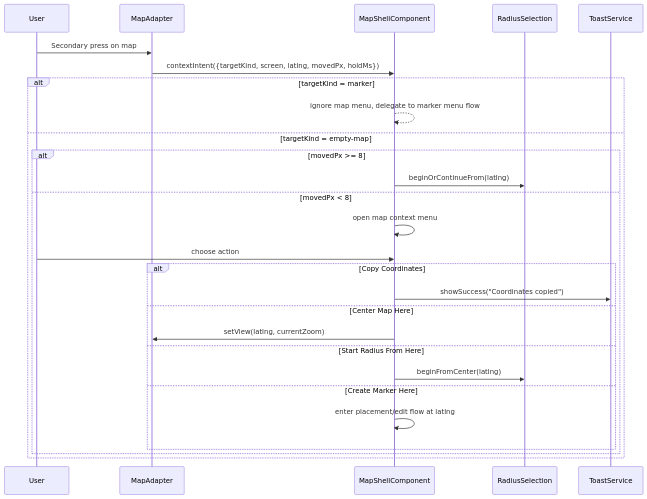
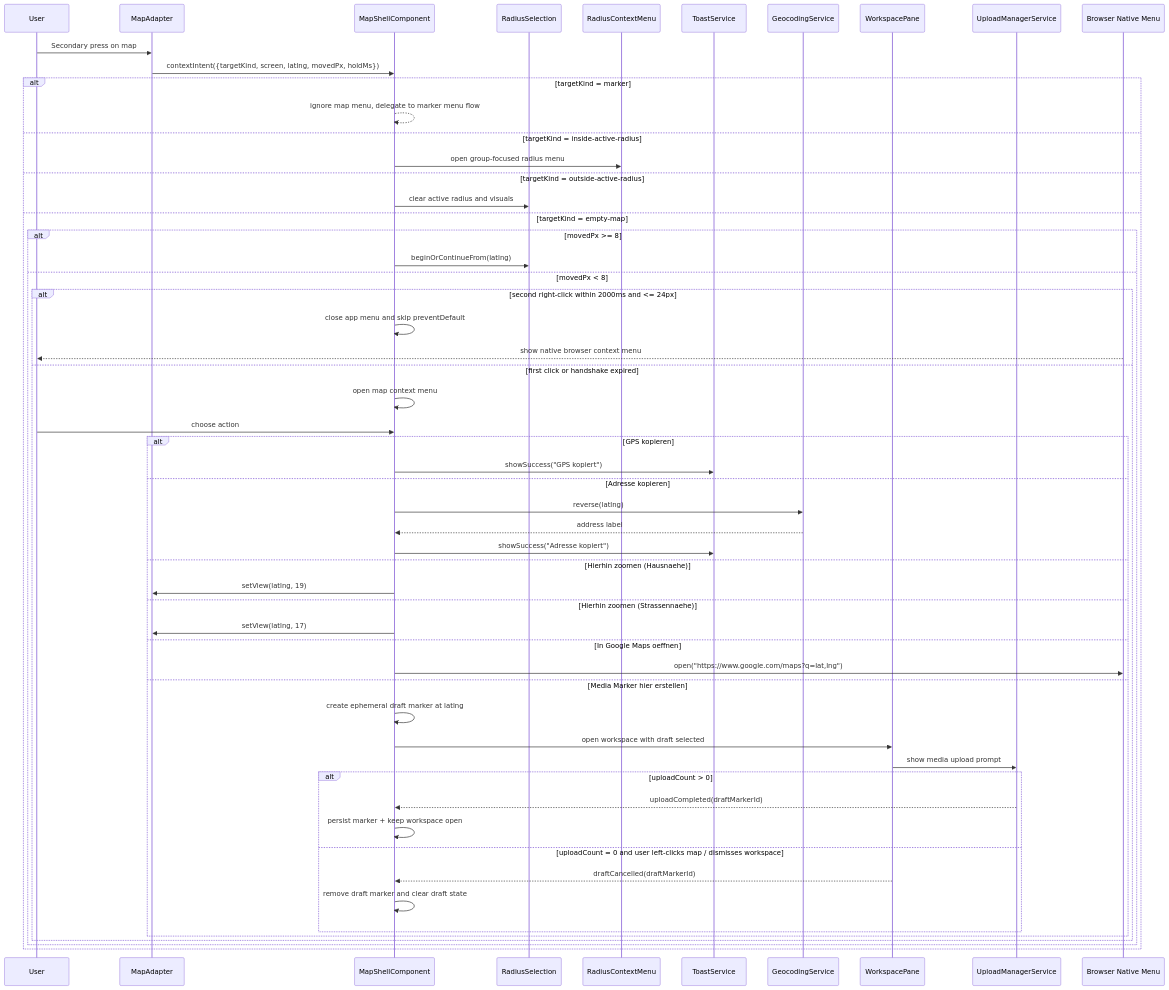
One commit to matkleve/feldpost changed the second of 2 diagrams in docs/element-specs/map-context-menu.md. Above: the diagram before and after it, drawn with Mermaid. The commit also changed other lines of this file and 27 other files, not shown here.

First line of the commit message:
feat: Enhance context menus and workspace interactions

````diff
--- a/docs/element-specs/map-context-menu.md
+++ b/docs/element-specs/map-context-menu.md
@@ -108,30 +143,59 @@
 ```mermaid
 sequenceDiagram
   participant U as User
   participant MA as MapAdapter
   participant MS as MapShellComponent
   participant RS as RadiusSelection
+  participant RCM as RadiusContextMenu
   participant TS as ToastService
+  participant GS as GeocodingService
+  participant WP as WorkspacePane
+  participant UM as UploadManagerService
+  participant BR as Browser Native Menu
 
   U->>MA: Secondary press on map
   MA->>MS: contextIntent({targetKind, screen, latlng, movedPx, holdMs})
   alt targetKind = marker
     MS-->>MS: ignore map menu, delegate to marker menu flow
+  else targetKind = inside-active-radius
+    MS->>RCM: open group-focused radius menu
+  else targetKind = outside-active-radius
+    MS->>RS: clear active radius and visuals
   else targetKind = empty-map
     alt movedPx >= 8
       MS->>RS: beginOrContinueFrom(latlng)
     else movedPx < 8
-      MS->>MS: open map context menu
-      U->>MS: choose action
-      alt Copy Coordinates
-        MS->>TS: showSuccess("Coordinates copied")
-      else Center Map Here
-        MS->>MA: setView(latlng, currentZoom)
-      else Start Radius From Here
-        MS->>RS: beginFromCenter(latlng)
-      else Create Marker Here
-        MS->>MS: enter placement/edit flow at latlng
+      alt second right-click within 2000ms and <= 24px
+        MS->>MS: close app menu and skip preventDefault
+        BR-->>U: show native browser context menu
+      else first click or handshake expired
+        MS->>MS: open map context menu
+        U->>MS: choose action
+        alt GPS kopieren
+          MS->>TS: showSuccess("GPS kopiert")
+        else Adresse kopieren
+          MS->>GS: reverse(latlng)
+          GS-->>MS: address label
+          MS->>TS: showSuccess("Adresse kopiert")
+        else Hierhin zoomen (Hausnaehe)
+          MS->>MA: setView(latlng, 19)
+        else Hierhin zoomen (Strassennaehe)
+          MS->>MA: setView(latlng, 17)
+        else In Google Maps oeffnen
+          MS->>BR: open("https://www.google.com/maps?q=lat,lng")
+        else Media Marker hier erstellen
+          MS->>MS: create ephemeral draft marker at latlng
+          MS->>WP: open workspace with draft selected
+          WP->>UM: show media upload prompt
+          alt uploadCount > 0
+            UM-->>MS: uploadCompleted(draftMarkerId)
+            MS->>MS: persist marker + keep workspace open
+          else uploadCount = 0 and user left-clicks map / dismisses workspace
+            WP-->>MS: draftCancelled(draftMarkerId)
+            MS->>MS: remove draft marker and clear draft state
+          end
+        end
       end
     end
   end
 ```
````
